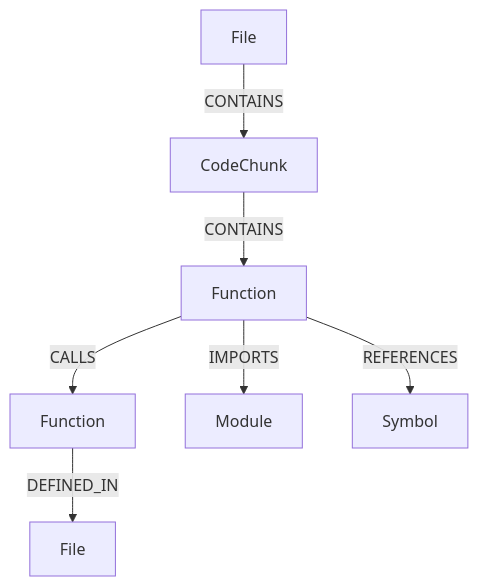
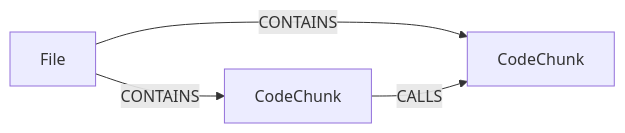
One commit to vivek-c29/Zenith changed the third of 4 diagrams in README.md. Above: the diagram before and after it, drawn with Mermaid. The commit also changed other lines of this file, not shown here.

````diff
--- a/README.md
+++ b/README.md
@@ -202,11 +202,6 @@
 ```mermaid
-graph TD
-
-    F[File] -->|CONTAINS| C1[CodeChunk]
-    C1 -->|CONTAINS| C2[Function]
-    C2 -->|CALLS| C3[Function]
-    C3 -->|DEFINED_IN| F2[File]
-
-    C2 -->|IMPORTS| M[Module]
-    C2 -->|REFERENCES| S[Symbol]
+flowchart LR
+    A[File] -->|CONTAINS| B[CodeChunk]
+    A -->|CONTAINS| C[CodeChunk]
+    B -->|CALLS| C
 ```
````
